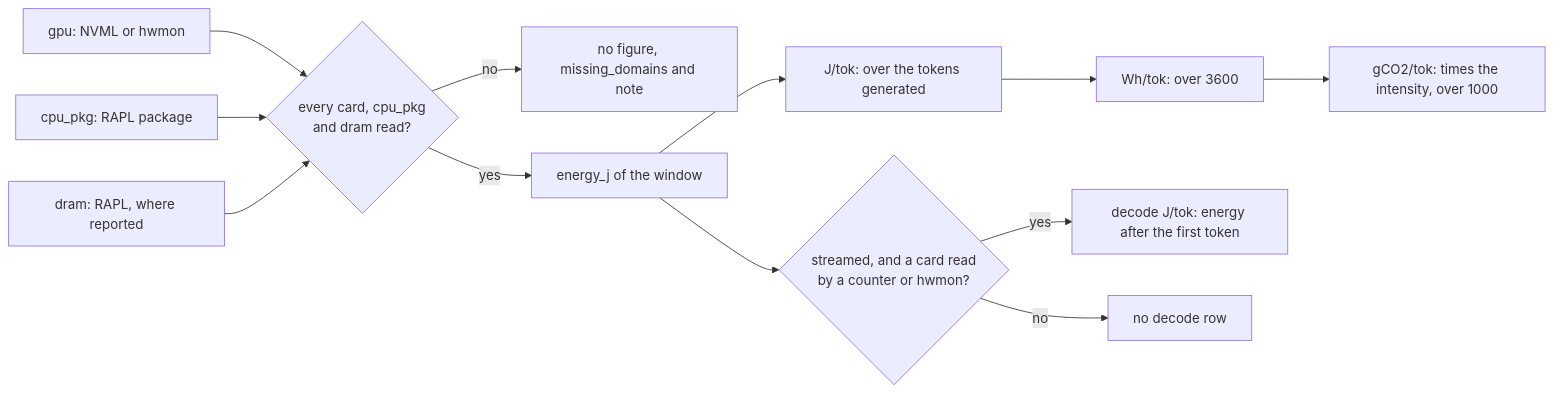
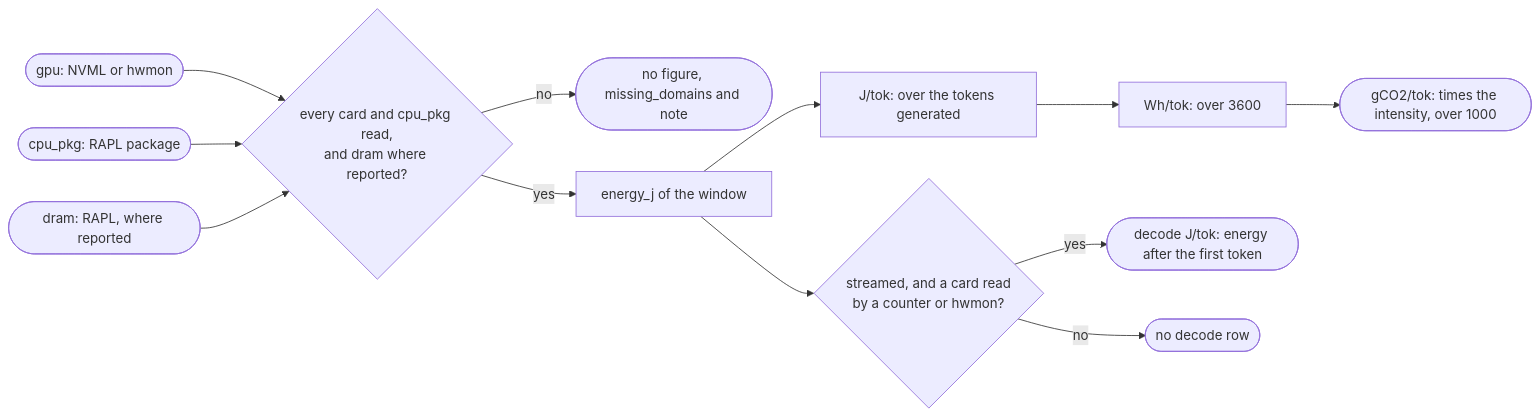
One commit to loken-ai/lokprof changed the diagram in docs/guides/measure-energy.md. Above: the diagram before and after it, drawn with Mermaid.

Commit message:
docs: mark the start and the end of the energy diagram
The energy guide asked for the memory domain on every machine, while
the code requires it only where the machine reports one. Its diagram
had no marked start or end.

The guide now names the memory domain as required where the machine
reports one, and the diagram marks its sources and its outcomes.

````diff
--- a/docs/guides/measure-energy.md
+++ b/docs/guides/measure-energy.md
@@ -96,14 +96,14 @@
 ```mermaid
 flowchart LR
-    G[gpu: NVML or hwmon] --> C{every card, cpu_pkg<br/>and dram read?}
-    P[cpu_pkg: RAPL package] --> C
-    D[dram: RAPL, where reported] --> C
-    C -->|no| N[no figure, missing_domains and note]
+    G([gpu: NVML or hwmon]) --> C{every card and cpu_pkg read,<br/>and dram where reported?}
+    P([cpu_pkg: RAPL package]) --> C
+    D([dram: RAPL, where reported]) --> C
+    C -->|no| N([no figure, missing_domains and note])
     C -->|yes| J[energy_j of the window]
     J --> T[J/tok: over the tokens generated]
     T --> W[Wh/tok: over 3600]
-    W --> K[gCO2/tok: times the intensity, over 1000]
+    W --> K([gCO2/tok: times the intensity, over 1000])
     J --> S{streamed, and a card read<br/>by a counter or hwmon?}
-    S -->|yes| X[decode J/tok: energy after the first token]
-    S -->|no| R[no decode row]
+    S -->|yes| X([decode J/tok: energy after the first token])
+    S -->|no| R([no decode row])
 ```
````
